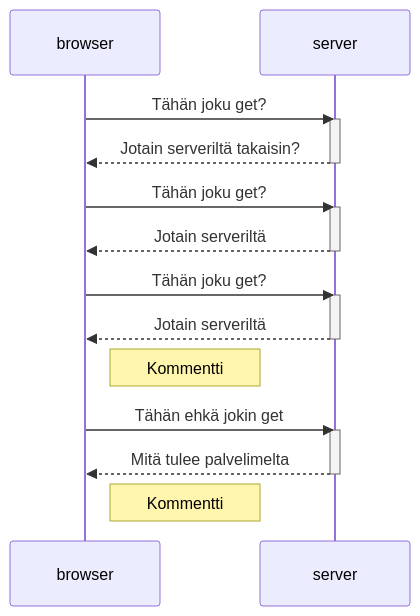
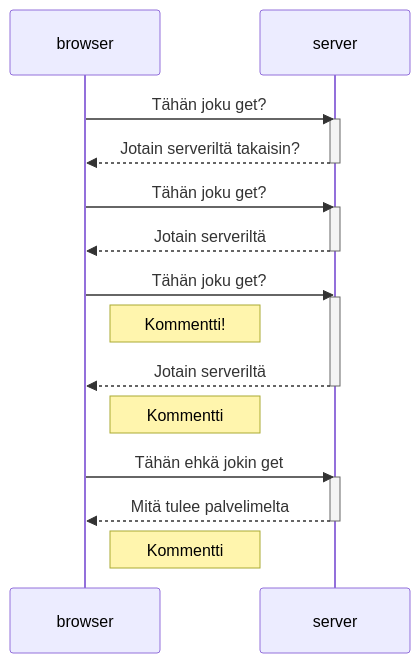
The diagram in osa0/uusi_muistiinpano.md (withoutglue/FullStack-HY), drawn with Mermaid before and after one commit.

````diff
--- a/osa0/uusi_muistiinpano.md
+++ b/osa0/uusi_muistiinpano.md
@@ -3,29 +3,32 @@
 ```mermaid
 sequenceDiagram
     participant browser
     participant server
     
     browser->>server: Tähän joku get?
     activate server
     server-->>browser: Jotain serveriltä takaisin?
     deactivate server
     
     browser->>server: Tähän joku get?
     activate server
     server-->>browser: Jotain serveriltä
     deactivate server
     
     browser->>server: Tähän joku get?
     activate server
+
+    Note right of browser: Kommentti!
+
     server-->>browser: Jotain serveriltä
     deactivate server
     
     Note right of browser: Kommentti
     
     browser->>server: Tähän ehkä jokin get
     activate server
     server-->>browser: Mitä tulee palvelimelta
     deactivate server    
 
     Note right of browser: Kommentti
 ```
````
